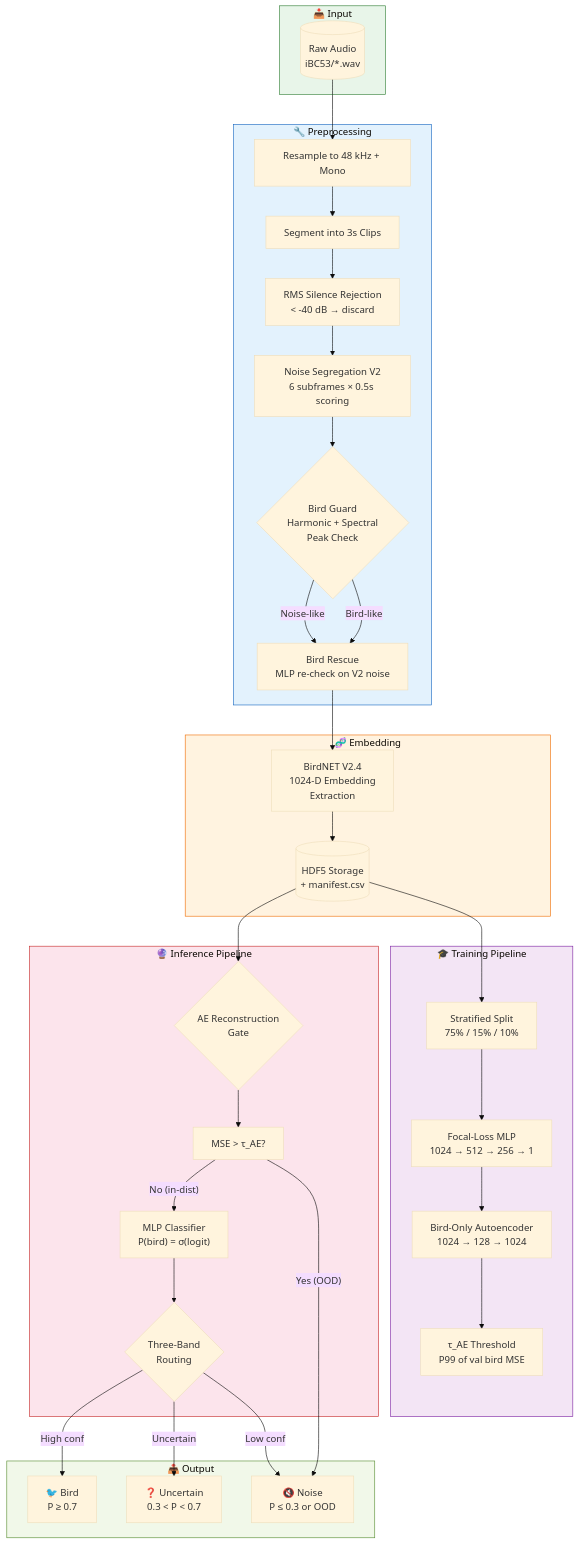
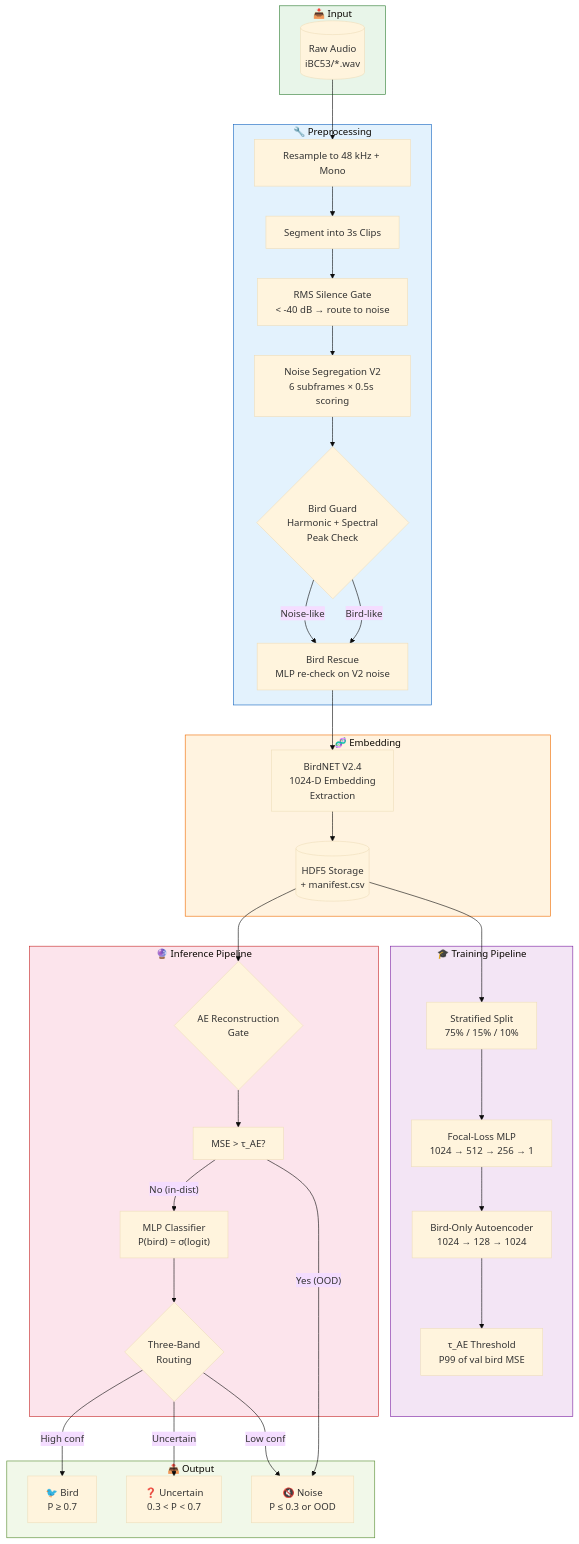
One commit to samarthkolur/Noise-Aware-Pipeline-for-Indian-Bird-Sound-Classification changed the first of 4 diagrams in README.md. Above: the diagram before and after it, drawn with Mermaid (base theme). The commit also changed other lines of this file and 35 other files, not shown here.

````diff
--- a/README.md
+++ b/README.md
@@ -27,61 +27,61 @@
 ```mermaid
 graph TB
     subgraph INPUT["📥 Input"]
         A[("Raw Audio<br/>iBC53/*.wav")]
     end
 
     subgraph PREPROCESS["🔧 Preprocessing"]
         B["Resample to 48 kHz + Mono"]
         C["Segment into 3s Clips"]
-        D["RMS Silence Rejection<br/>< -40 dB → discard"]
+        D["RMS Silence Gate<br/>< -40 dB → route to noise"]
         E["Noise Segregation V2<br/>6 subframes × 0.5s scoring"]
         F{"Bird Guard<br/>Harmonic + Spectral<br/>Peak Check"}
         G["Bird Rescue<br/>MLP re-check on V2 noise"]
     end
 
     subgraph EMBED["🧬 Embedding"]
         H["BirdNET V2.4<br/>1024-D Embedding<br/>Extraction"]
         I[("HDF5 Storage<br/>+ manifest.csv")]
     end
 
     subgraph TRAIN["🎓 Training Pipeline"]
         J["Stratified Split<br/>75% / 15% / 10%"]
         K["Focal-Loss MLP<br/>1024 → 512 → 256 → 1"]
         L["Bird-Only Autoencoder<br/>1024 → 128 → 1024"]
         M["τ_AE Threshold<br/>P99 of val bird MSE"]
     end
 
     subgraph INFER["🔮 Inference Pipeline"]
         N{"AE Reconstruction<br/>Gate"}
         O["MSE > τ_AE?"]
         P["MLP Classifier<br/>P(bird) = σ(logit)"]
         Q{"Three-Band<br/>Routing"}
     end
 
     subgraph OUTPUT["📤 Output"]
         R["🐦 Bird<br/>P ≥ 0.7"]
         S["❓ Uncertain<br/>0.3 < P < 0.7"]
         T["🔇 Noise<br/>P ≤ 0.3 or OOD"]
     end
 
     A --> B --> C --> D --> E --> F
     F -->|"Bird-like"| G
     F -->|"Noise-like"| G
     G --> H --> I
 
     I --> J --> K --> L --> M
 
     I --> N --> O
     O -->|"Yes (OOD)"| T
     O -->|"No (in-dist)"| P --> Q
     Q -->|"High conf"| R
     Q -->|"Uncertain"| S
     Q -->|"Low conf"| T
 
     style INPUT fill:#e8f5e9,stroke:#2e7d32
     style PREPROCESS fill:#e3f2fd,stroke:#1565c0
     style EMBED fill:#fff3e0,stroke:#ef6c00
     style TRAIN fill:#f3e5f5,stroke:#7b1fa2
     style INFER fill:#fce4ec,stroke:#c62828
     style OUTPUT fill:#f1f8e9,stroke:#558b2f
 ```
````
